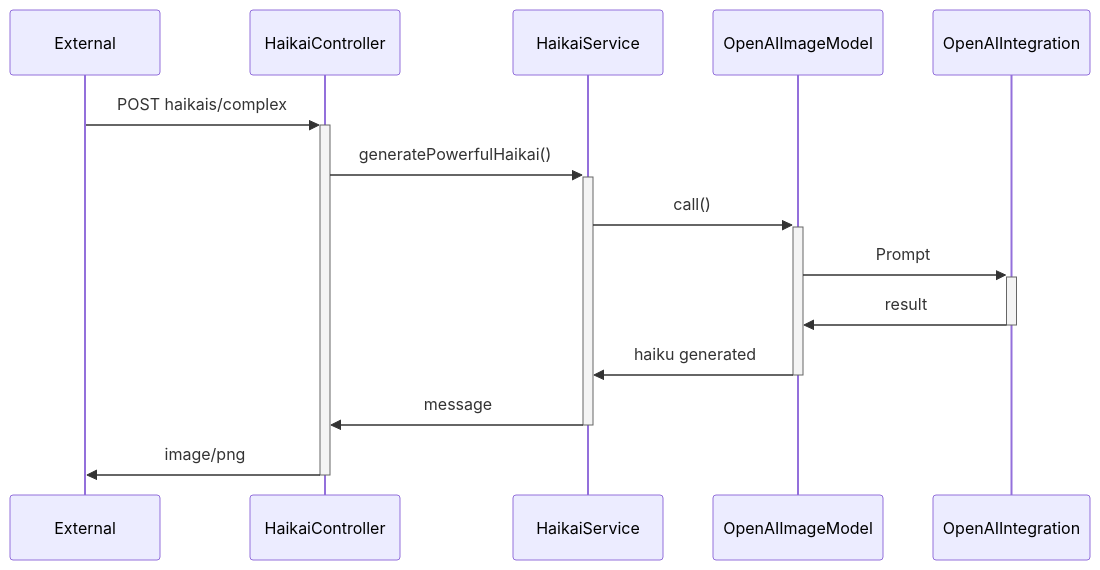
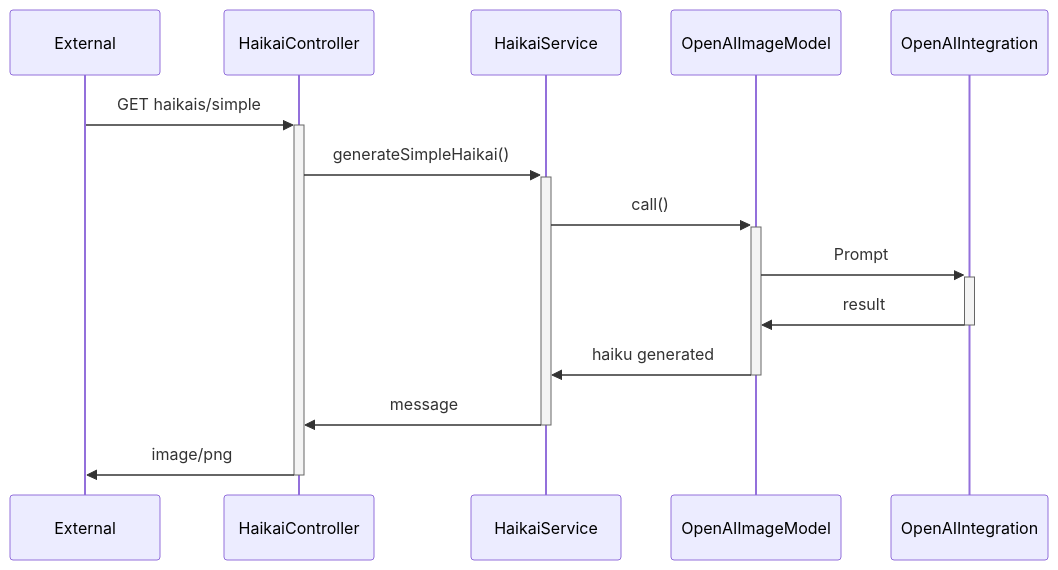
One commit to ortolanph/haikAI changed the first of 5 diagrams in article/article.md. Above: the diagram before and after it, drawn with Mermaid. The commit also changed other lines of this file and 8 other files, not shown here.

Commit message:
changes to the article and adding diagram pictures

````diff
--- a/article/article.md
+++ b/article/article.md
@@ -98,11 +98,11 @@
 ```mermaid
 sequenceDiagram
-    External ->>+ HaikaiController: POST haikais/complex
-    HaikaiController ->>+ HaikaiService: generatePowerfulHaikai()
+    External ->>+ HaikaiController: GET haikais/simple
+    HaikaiController ->>+ HaikaiService: generateSimpleHaikai()
     HaikaiService ->>+ OpenAIImageModel: call()
     OpenAIImageModel ->>+ OpenAIIntegration: Prompt
     OpenAIIntegration ->>- OpenAIImageModel: result
     OpenAIImageModel ->>- HaikaiService: haiku generated
     HaikaiService ->>- HaikaiController: message
     HaikaiController ->>- External: image/png
 ```
````
